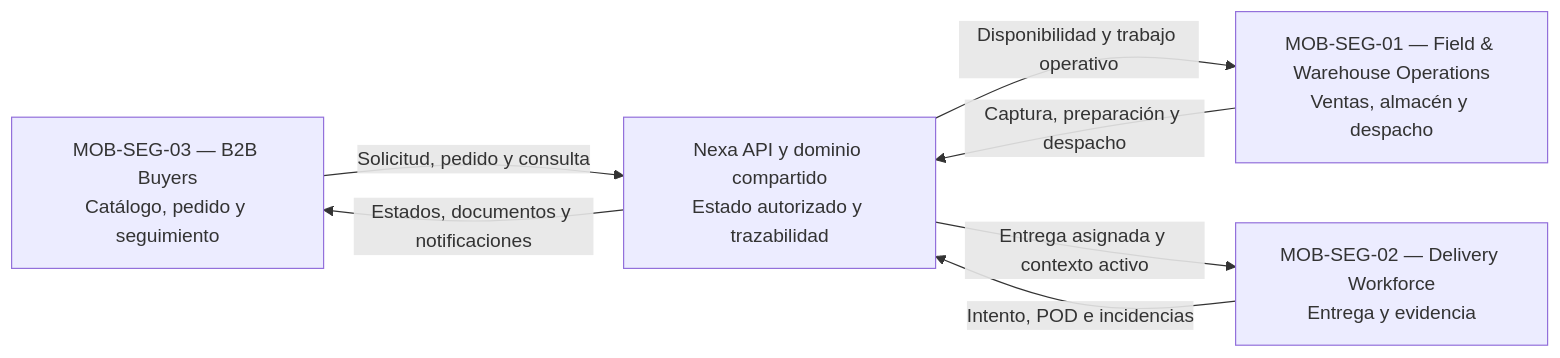
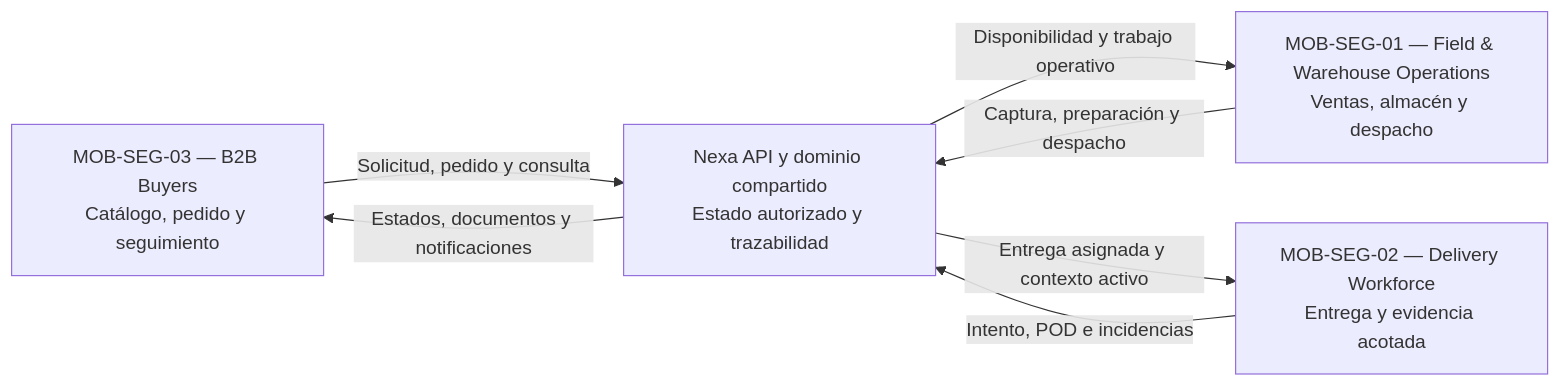
The diagram in report/01-presentation/1.3-target-segments/target-segments.md (nexa-suite/mobile-report), drawn with Mermaid before and after one commit. The commit also changed other lines of this file and 9 other files, not shown here.

````diff
--- a/report/01-presentation/1.3-target-segments/target-segments.md
+++ b/report/01-presentation/1.3-target-segments/target-segments.md
@@ -26,14 +26,14 @@
 ```mermaid
 flowchart LR
     BUYER["MOB-SEG-03 — B2B Buyers<br/>Catálogo, pedido y seguimiento"]
     FIELD["MOB-SEG-01 — Field & Warehouse Operations<br/>Ventas, almacén y despacho"]
-    DRIVER["MOB-SEG-02 — Delivery Workforce<br/>Entrega y evidencia"]
+    DRIVER["MOB-SEG-02 — Delivery Workforce<br/>Entrega y evidencia acotada"]
     API["Nexa API y dominio compartido<br/>Estado autorizado y trazabilidad"]
 
     BUYER -->|Solicitud, pedido y consulta| API
     FIELD -->|Captura, preparación y despacho| API
     DRIVER -->|Intento, POD e incidencias| API
     API -->|Estados, documentos y notificaciones| BUYER
     API -->|Disponibilidad y trabajo operativo| FIELD
     API -->|Entrega asignada y contexto activo| DRIVER
 ```
````
